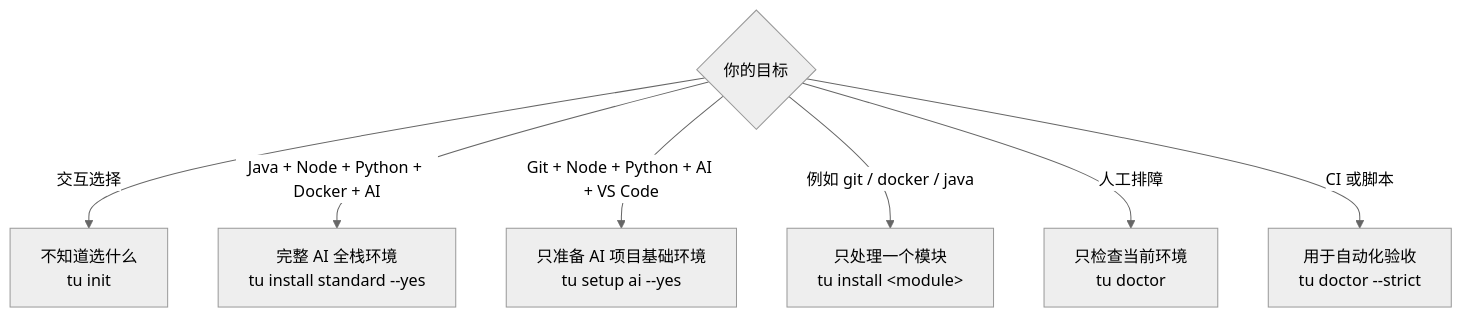
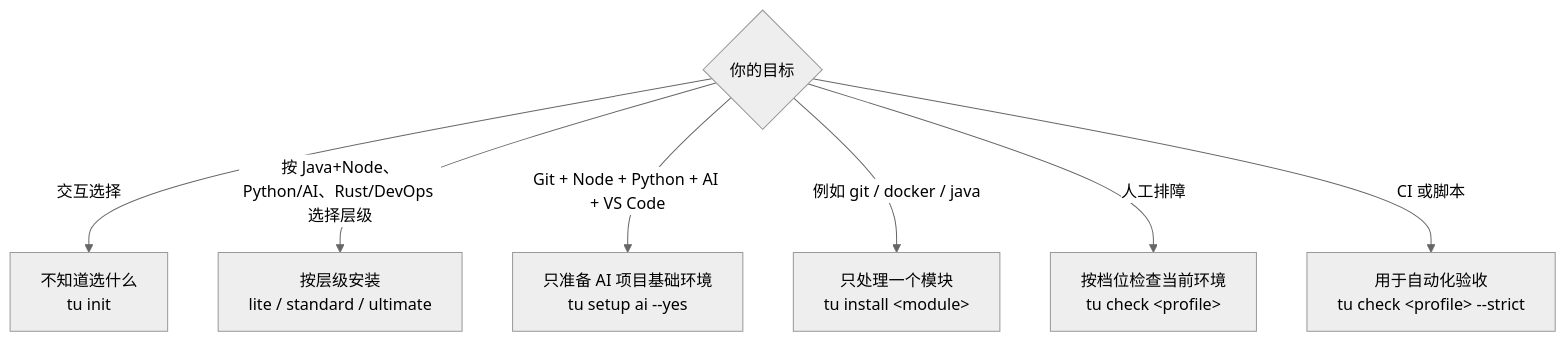
The sixth of 6 diagrams in ai-dev-env-init/docs/overview.md (cnxutu/tu-devkit), drawn with Mermaid (neutral theme) before and after one commit. The commit also changed other lines of this file and 11 other files, not shown here.

````diff
--- a/ai-dev-env-init/docs/overview.md
+++ b/ai-dev-env-init/docs/overview.md
@@ -203,17 +203,17 @@
 ```mermaid
 flowchart TD
     A{"你的目标"}
     B["不知道选什么<br/>tu init"]
-    C["完整 AI 全栈环境<br/>tu install standard --yes"]
+    C["按层级安装<br/>lite / standard / ultimate"]
     D["只准备 AI 项目基础环境<br/>tu setup ai --yes"]
     E["只处理一个模块<br/>tu install &lt;module&gt;"]
-    F["只检查当前环境<br/>tu doctor"]
-    G["用于自动化验收<br/>tu doctor --strict"]
+    F["按档位检查当前环境<br/>tu check &lt;profile&gt;"]
+    G["用于自动化验收<br/>tu check &lt;profile&gt; --strict"]
 
     A -->|"交互选择"| B
-    A -->|"Java + Node + Python + Docker + AI"| C
+    A -->|"按 Java+Node、Python/AI、Rust/DevOps 选择层级"| C
     A -->|"Git + Node + Python + AI + VS Code"| D
     A -->|"例如 git / docker / java"| E
     A -->|"人工排障"| F
     A -->|"CI 或脚本"| G
 ```
````
